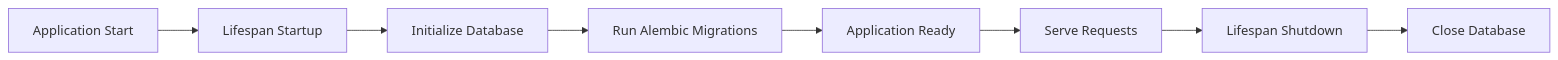
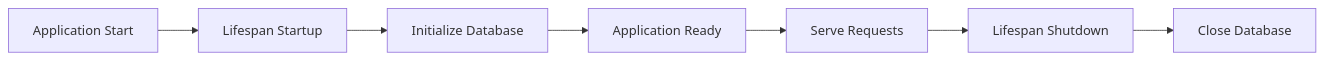
The second of 7 diagrams in wiki/backend-architecture.md (berserkhmdvhb/fullstack_template), drawn with Mermaid before and after one commit. The commit also changed other lines of this file and 15 other files, not shown here.

````diff
--- a/wiki/backend-architecture.md
+++ b/wiki/backend-architecture.md
@@ -112,10 +112,9 @@
 ```mermaid
 flowchart LR
     Start["Application Start"] --> Lifespan["Lifespan Startup"]
     Lifespan --> InitDB["Initialize Database"]
-    InitDB --> RunMigrations["Run Alembic Migrations"]
-    RunMigrations --> Ready["Application Ready"]
+    InitDB --> Ready["Application Ready"]
     Ready --> Serve["Serve Requests"]
     Serve --> Shutdown["Lifespan Shutdown"]
     Shutdown --> CloseDB["Close Database"]
 ```
````
